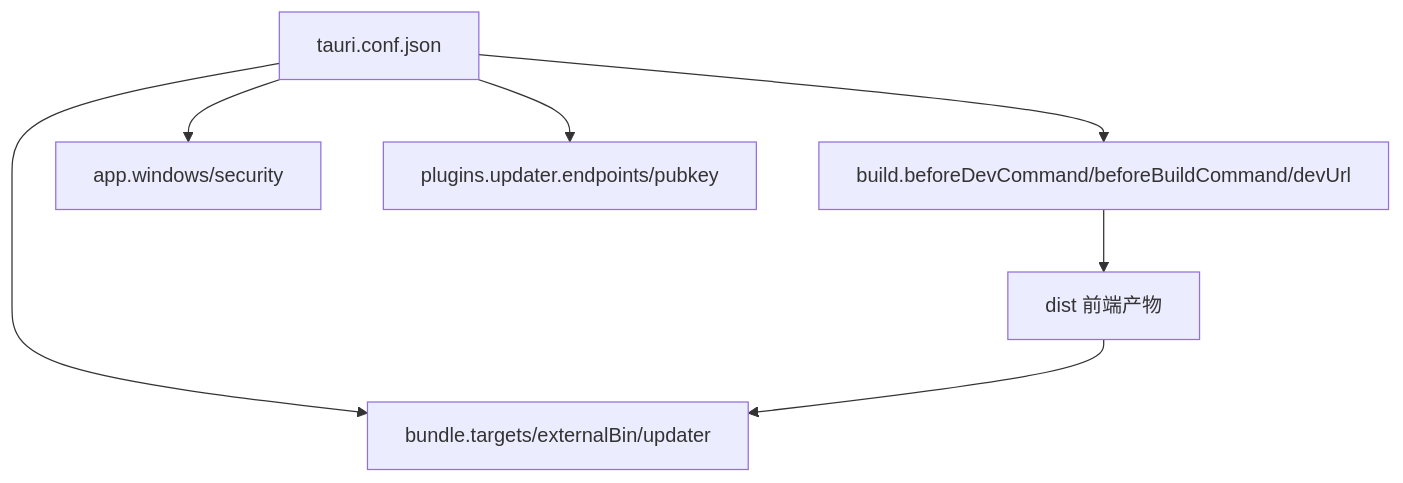
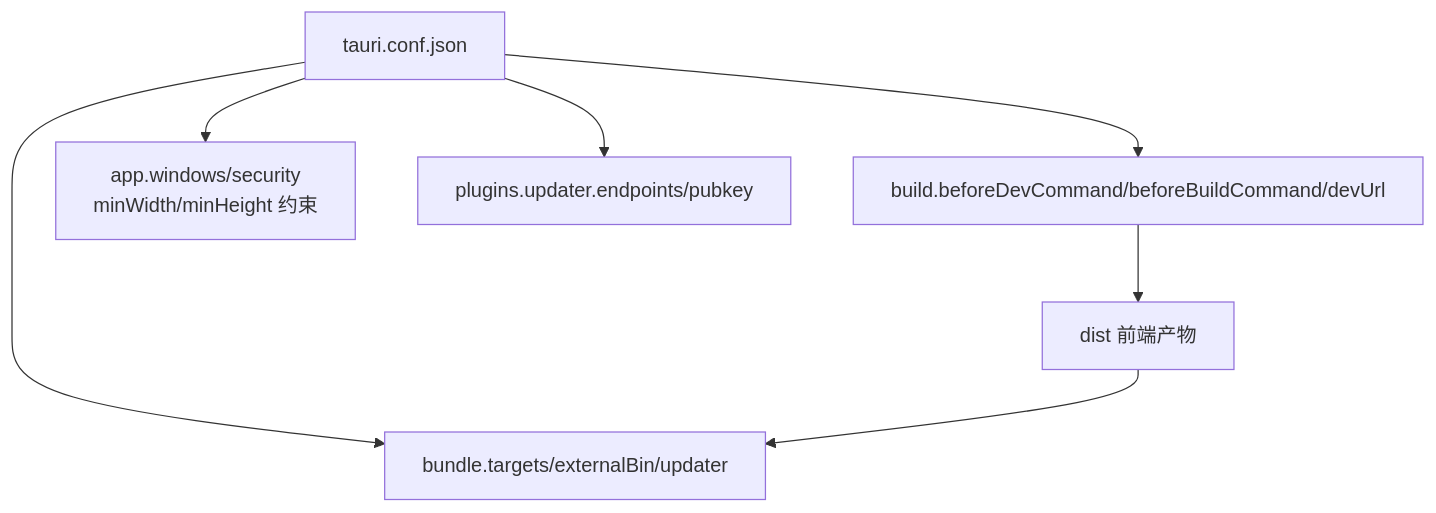
One commit to YLee9527/Medex changed the sixth of 9 diagrams in doc/repowiki/zh/content/开发指南/构建配置.md. Above: the diagram before and after it, drawn with Mermaid. The commit also changed other lines of this file and 31 other files, not shown here.

First line of the commit message:
docs(doc): 添加部署脚本、锁屏功能、发布指南及设置按钮图标文档

````diff
--- a/doc/repowiki/zh/content/开发指南/构建配置.md
+++ b/doc/repowiki/zh/content/开发指南/构建配置.md
@@ -221,9 +223,9 @@
 ```mermaid
 flowchart TD
 Conf["tauri.conf.json"] --> Build["build.beforeDevCommand/beforeBuildCommand/devUrl"]
-Conf --> App["app.windows/security"]
+Conf --> App["app.windows/security<br/>minWidth/minHeight 约束"]
 Conf --> Bundle["bundle.targets/externalBin/updater"]
 Conf --> Plugins["plugins.updater.endpoints/pubkey"]
 Build --> Dist["dist 前端产物"]
 Dist --> Bundle
 ```
````
